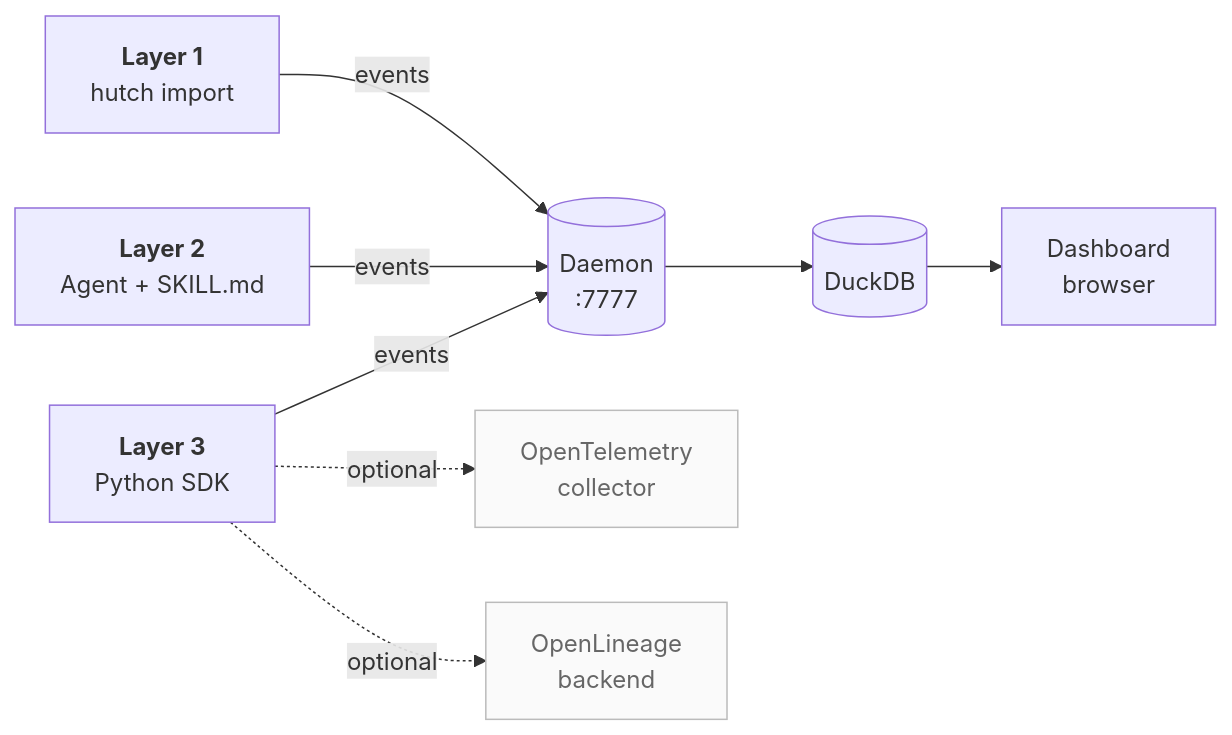
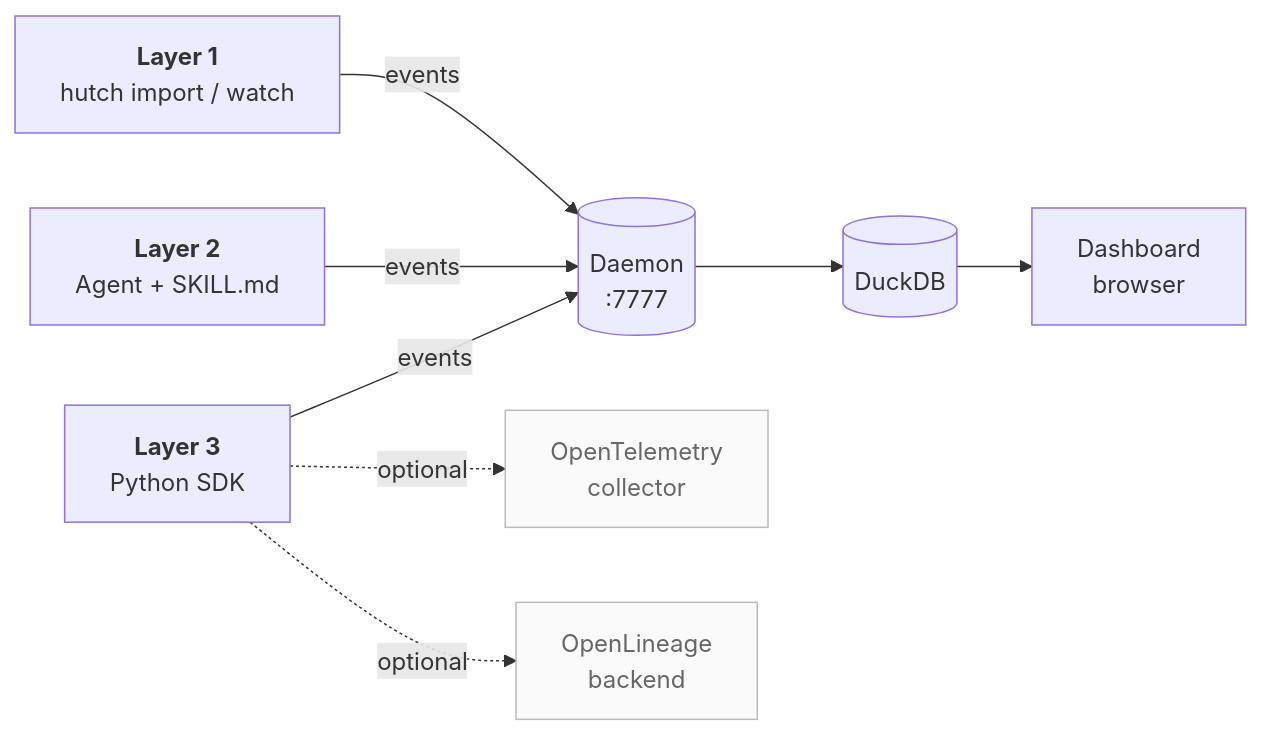
One commit to xyin-anl/hutch changed the diagram in docs/distribution.md. Above: the diagram before and after it, drawn with Mermaid. The commit also changed other lines of this file and 19 other files, not shown here.

````diff
--- a/docs/distribution.md
+++ b/docs/distribution.md
@@ -13,25 +13,25 @@
 ```mermaid
 flowchart LR
-    L1["<b>Layer 1</b><br/>hutch import"]
+    L1["<b>Layer 1</b><br/>hutch import / watch"]
     L2["<b>Layer 2</b><br/>Agent + SKILL.md"]
     L3["<b>Layer 3</b><br/>Python SDK"]
 
     D[("Daemon<br/>:7777")]
     DB[("DuckDB")]
     UI["Dashboard<br/>browser"]
 
     OT["OpenTelemetry<br/>collector"]
     OL["OpenLineage<br/>backend"]
 
     L1 -->|events| D
     L2 -->|events| D
     L3 -->|events| D
     D --> DB
     DB --> UI
 
     L3 -.optional.-> OT
     L3 -.optional.-> OL
 
     classDef opt fill:#fafafa,stroke:#bbb,color:#666;
     class OT,OL opt;
 ```
````
